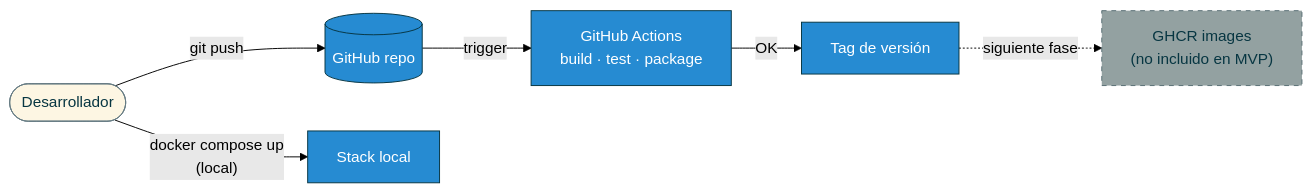
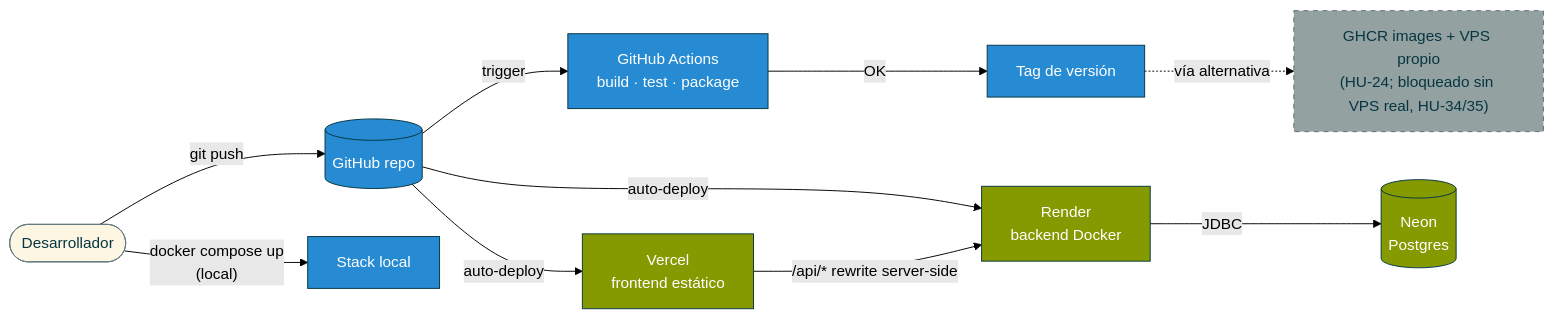
Before and after one commit to jordipochvall/AI4Devs-finalproject: the ninth of 12 diagrams in readme.md, drawn with Mermaid (forest theme). The commit also changed other lines of this file and 2 other files, not shown here.

````diff
--- a/readme.md
+++ b/readme.md
@@ -885,15 +890,21 @@
 ```mermaid
 flowchart LR
     Dev([Desarrollador]) -- "git push" --> GH[(GitHub repo)]
     GH -- "trigger" --> CI["GitHub Actions<br/>build · test · package"]
     CI -- "OK" --> Tag["Tag de versión"]
-    Tag -. "siguiente fase" .-> CD["GHCR images<br/>(no incluido en MVP)"]
+    GH -- "auto-deploy" --> VC["Vercel<br/>frontend estático"]
+    GH -- "auto-deploy" --> RD["Render<br/>backend Docker"]
+    RD -- "JDBC" --> NE[("Neon<br/>Postgres")]
+    VC -- "/api/* rewrite server-side" --> RD
+    Tag -. "vía alternativa" .-> CD["GHCR images + VPS propio<br/>(HU-24; bloqueado sin VPS real, HU-34/35)"]
     Dev -- "docker compose up<br/>(local)" --> Local["Stack local"]
 
     classDef dev fill:#fdf6e3,stroke:#657b83,color:#073642
     classDef ci fill:#268bd2,stroke:#073642,color:#fff
+    classDef live fill:#859900,stroke:#073642,color:#fff
     classDef futuro fill:#93a1a1,stroke:#586e75,color:#073642,stroke-dasharray:5 5
     class Dev dev
     class GH,CI,Tag,Local ci
+    class VC,RD,NE live
     class CD futuro
 ```
````
